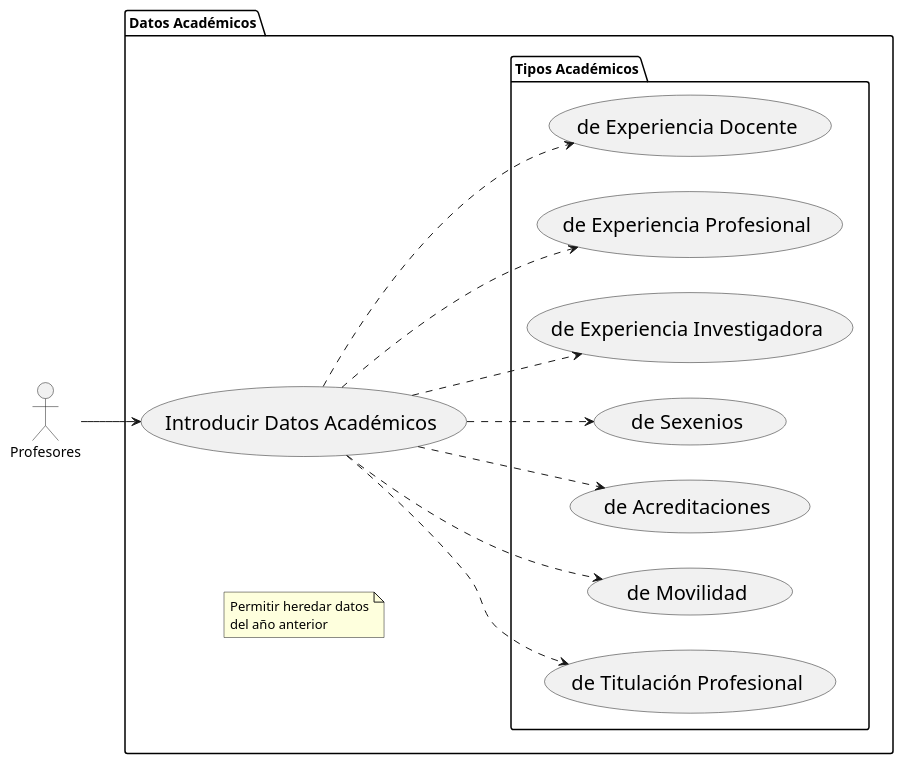
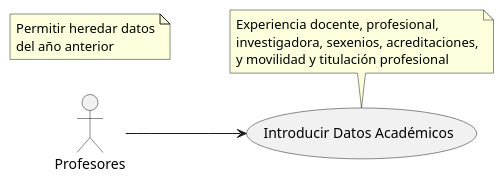
The diagram in modelosUML/CdU/Individuales/IntroducirDatosAcademicos.puml (mmasias/24-25-IdSw1-SDR), drawn with PlantUML before and after one commit. The commit also changed 17 other files, not shown here.

Commit message:
Actualizar diagramas de casos de uso para mejorar la claridad y consistencia de los nombres y notas, y eliminar paquetes innecesarios.

```diff
--- a/modelosUML/CdU/Individuales/IntroducirDatosAcademicos.puml
+++ b/modelosUML/CdU/Individuales/IntroducirDatosAcademicos.puml
@@ -1,34 +1,16 @@
 @startuml
 left to right direction
 
-skinparam usecase {
-    FontSize 20
-}
-
 actor "Profesores" as prof
 
-package "Datos Académicos" as datosAcadPackage {
-    usecase "Introducir Datos Académicos" as datosAcad
+usecase "Introducir Datos Académicos" as datosAcad
+note top of datosAcad
+    Experiencia docente, profesional,
+    investigadora, sexenios, acreditaciones,
+    y movilidad y titulación profesional
+end note
 
-    package "Tipos Académicos" {
-        usecase "de Experiencia Docente" as expDoc
-        usecase "de Experiencia Profesional" as expProf
-        usecase "de Experiencia Investigadora" as expInv
-        usecase "de Sexenios" as sexenios
-        usecase "de Acreditaciones" as acred
-        usecase "de Movilidad" as mov
-        usecase "de Titulación Profesional" as titProf
-    }
-    note "Permitir heredar datos\ndel año anterior" as notaDatosAcad
-}
-
-datosAcad ..> expDoc
-datosAcad ..> expProf
-datosAcad ..> expInv
-datosAcad ..> sexenios
-datosAcad ..> acred
-datosAcad ..> mov
-datosAcad ..> titProf
+note "Permitir heredar datos\ndel año anterior" as notaDatosAcad
 
 prof --> datosAcad
 @enduml
```
